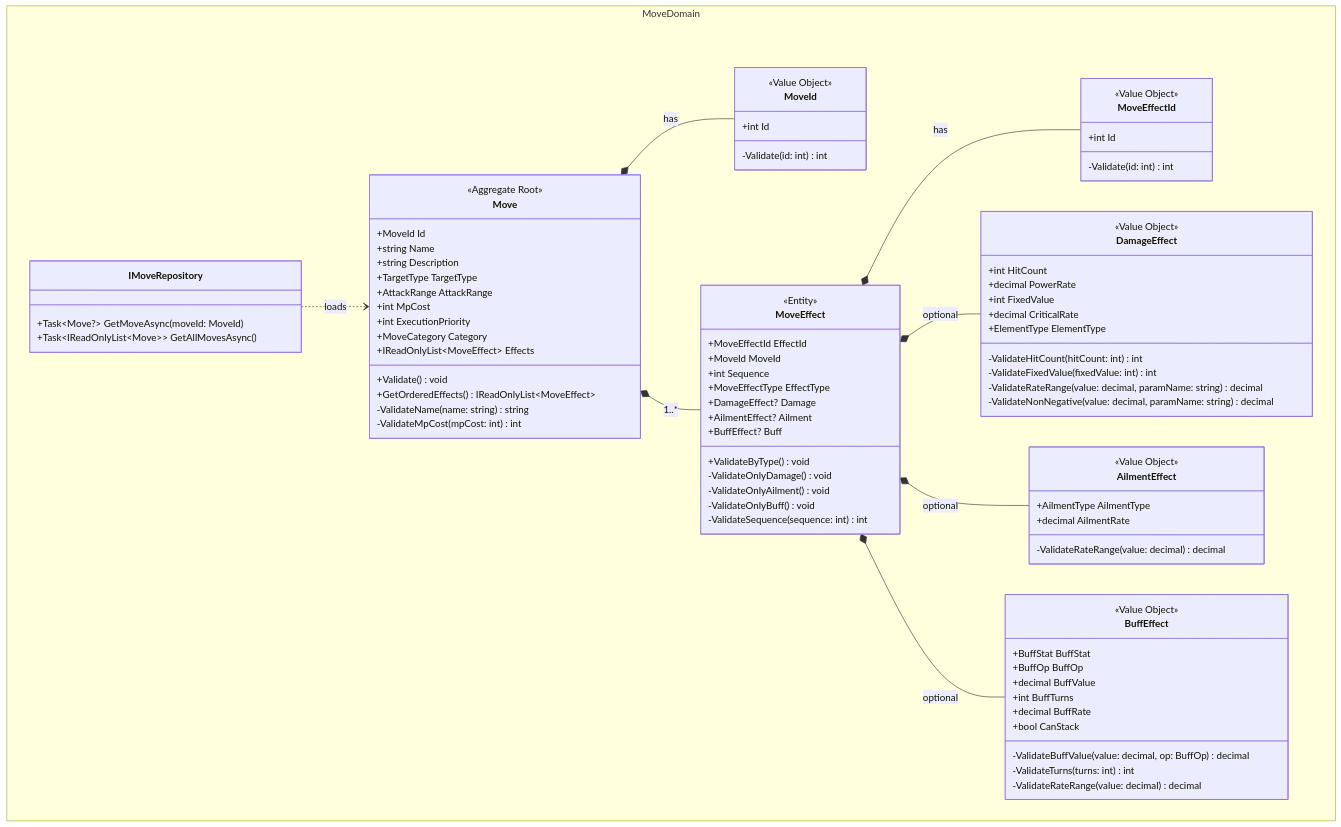
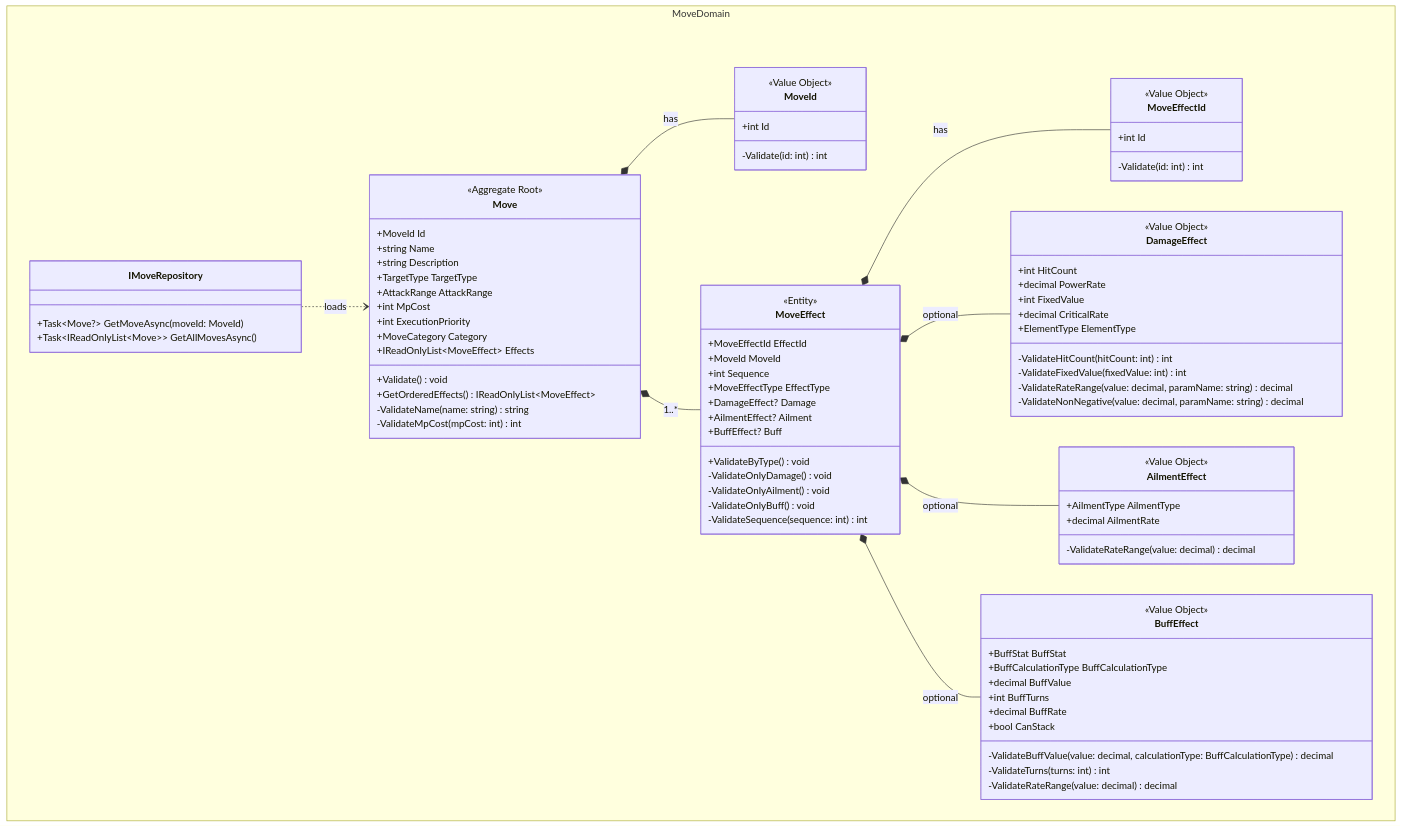
Before and after one commit to ayumu203/nisekue: the diagram in docs/MMD02_MoveDomain.mmd, drawn with Mermaid. The commit also changed 21 other files, not shown here.

```diff
--- a/docs/MMD02_MoveDomain.mmd
+++ b/docs/MMD02_MoveDomain.mmd
@@ -1,95 +1,95 @@
 classDiagram
     %% Enum 定義は docs/MMD21_Enum.mmd を参照
     namespace MoveDomain {
         %% 技データ
         class Move {
             <<Aggregate Root>>
             +MoveId Id
             +string Name
             +string Description
             +TargetType TargetType
             +AttackRange AttackRange
             +int MpCost
             +int ExecutionPriority
             +MoveCategory Category
             +IReadOnlyList~MoveEffect~ Effects
             +Validate() void
             +GetOrderedEffects() IReadOnlyList~MoveEffect~
             -ValidateName(name: string) string
             -ValidateMpCost(mpCost: int) int
         }
 
         class MoveId {
             <<Value Object>>
             +int Id
             -Validate(id: int) int
         }
 
         class MoveEffect {
             <<Entity>>
             +MoveEffectId EffectId
             +MoveId MoveId
             +int Sequence
             +MoveEffectType EffectType
             +DamageEffect? Damage
             +AilmentEffect? Ailment
             +BuffEffect? Buff
             +ValidateByType() void
             -ValidateOnlyDamage() void
             -ValidateOnlyAilment() void
             -ValidateOnlyBuff() void
             -ValidateSequence(sequence: int) int
         }
 
         class MoveEffectId {
             <<Value Object>>
             +int Id
             -Validate(id: int) int
         }
 
         class DamageEffect {
             <<Value Object>>
             +int HitCount
             +decimal PowerRate
             +int FixedValue
             +decimal CriticalRate
             +ElementType ElementType
             -ValidateHitCount(hitCount: int) int
             -ValidateFixedValue(fixedValue: int) int
             -ValidateRateRange(value: decimal, paramName: string) decimal
             -ValidateNonNegative(value: decimal, paramName: string) decimal
         }
 
         class AilmentEffect {
             <<Value Object>>
             +AilmentType AilmentType
             +decimal AilmentRate
             -ValidateRateRange(value: decimal) decimal
         }
 
         class BuffEffect {
             <<Value Object>>
             +BuffStat BuffStat
-            +BuffOp BuffOp
+            +BuffCalculationType BuffCalculationType
             +decimal BuffValue
             +int BuffTurns
             +decimal BuffRate
             +bool CanStack
-            -ValidateBuffValue(value: decimal, op: BuffOp) decimal
+            -ValidateBuffValue(value: decimal, calculationType: BuffCalculationType) decimal
             -ValidateTurns(turns: int) int
             -ValidateRateRange(value: decimal) decimal
         }
 
         class IMoveRepository {
             +Task~Move?~ GetMoveAsync(moveId: MoveId)
             +Task~IReadOnlyList~Move~~ GetAllMovesAsync()
         }
     }
 
     Move *-- MoveId : has
     Move *-- MoveEffect : 1..*
     MoveEffect *-- MoveEffectId : has
     MoveEffect *-- DamageEffect : optional
     MoveEffect *-- AilmentEffect : optional
     MoveEffect *-- BuffEffect : optional
     IMoveRepository ..> Move : loads
```
